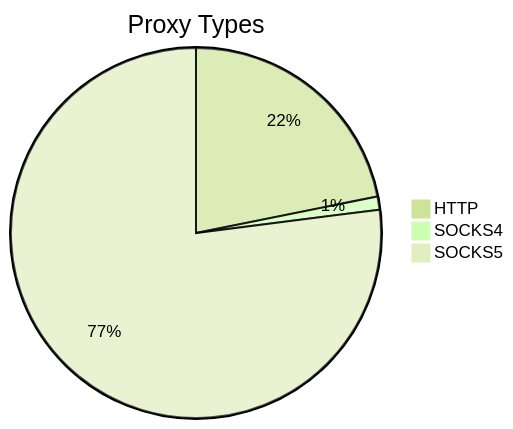
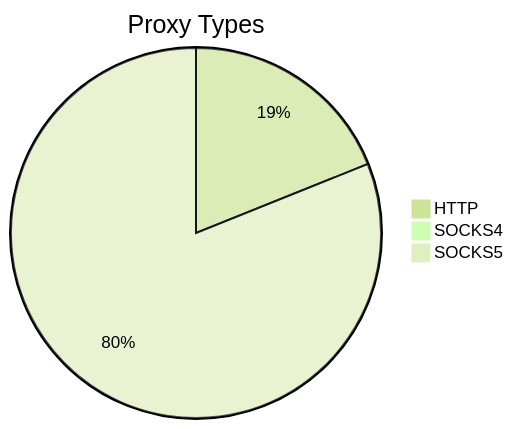
The first of 2 diagrams in README.md (stormsia/proxy-list), drawn with Mermaid (forest theme) before and after one commit. The commit also changed other lines of this file, not shown here.

````diff
--- a/README.md
+++ b/README.md
@@ -21,6 +21,6 @@
 ```mermaid
 pie title Proxy Types
-    "HTTP" : 624
-    "SOCKS4" : 33
-    "SOCKS5" : 2201
+    "HTTP" : 484
+    "SOCKS4" : 25
+    "SOCKS5" : 2074
 ```
````
